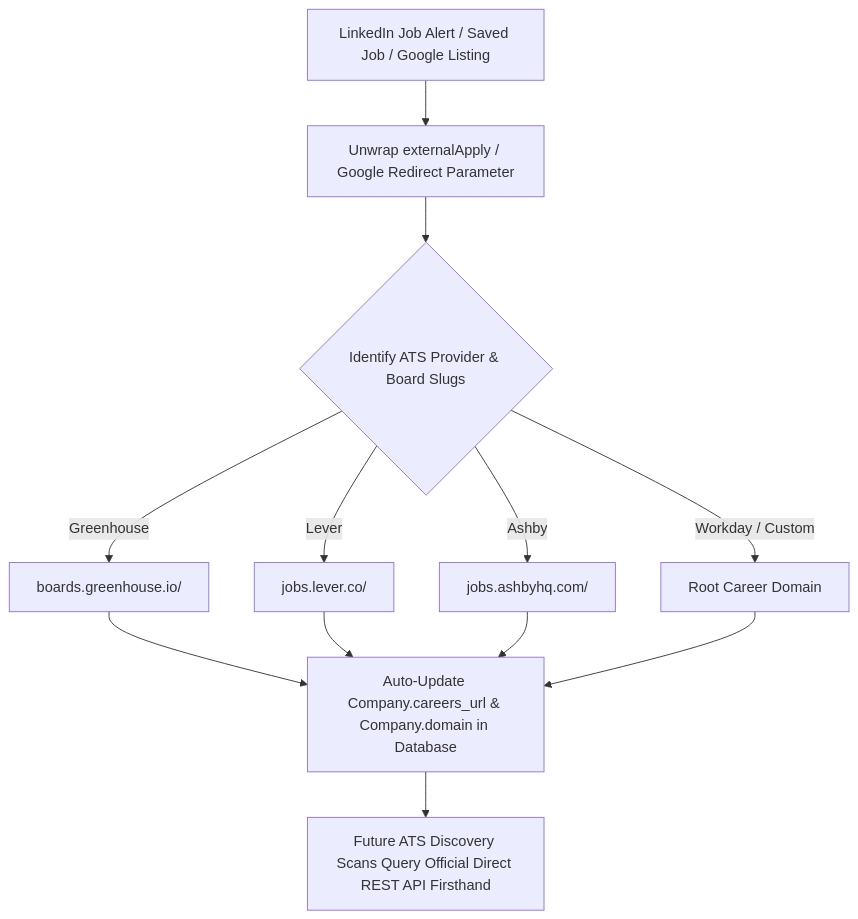
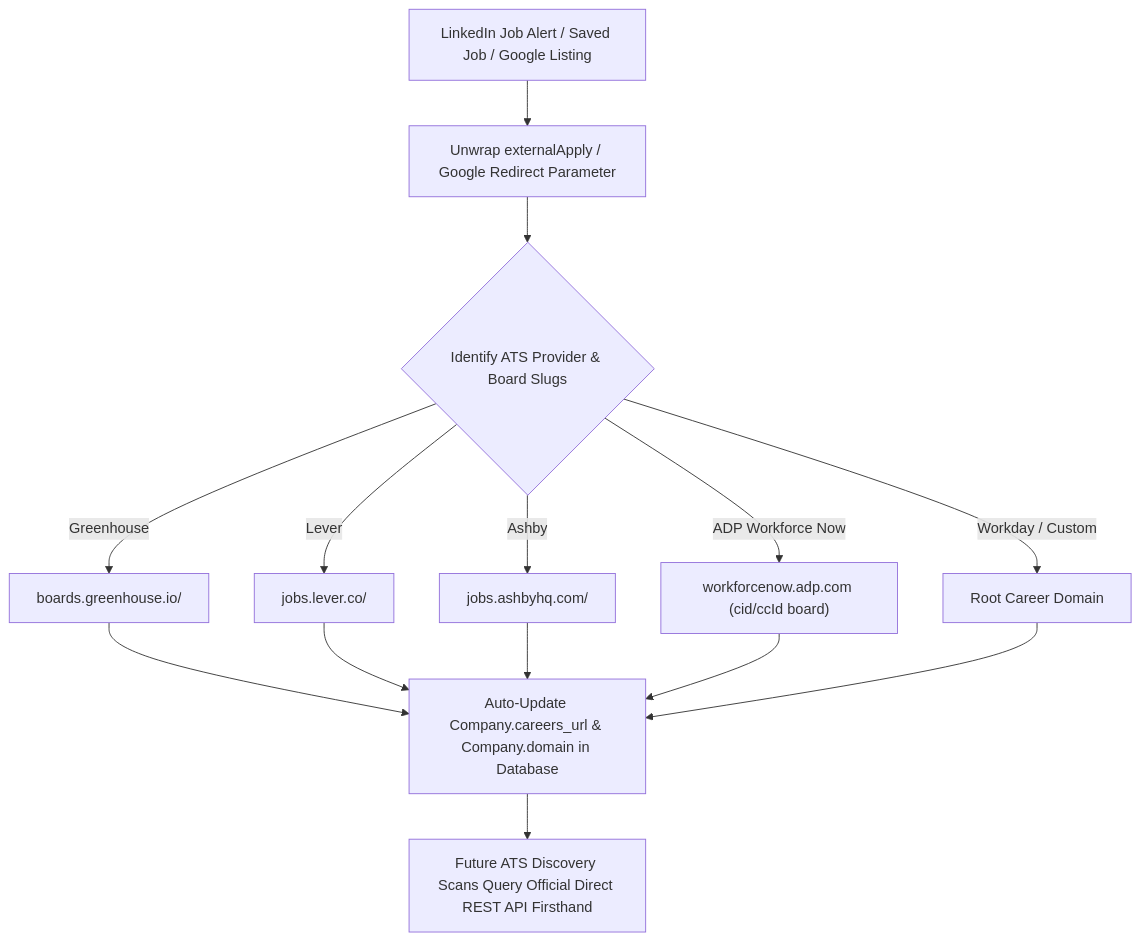
One commit to nagapavan/job-alert-agent changed the sixth of 33 diagrams in DESIGN_DIAGRAMS.md. Above: the diagram before and after it, drawn with Mermaid. The commit also changed other lines of this file and 105 other files, not shown here.

````diff
--- a/DESIGN_DIAGRAMS.md
+++ b/DESIGN_DIAGRAMS.md
@@ -216,11 +217,12 @@
 ```mermaid
 flowchart TD
     A["LinkedIn Job Alert / Saved Job / Google Listing"] --> B["Unwrap externalApply / Google Redirect Parameter"]
     B --> C{"Identify ATS Provider & Board Slugs"}
     C -->|Greenhouse| D["boards.greenhouse.io/<slug>"]
     C -->|Lever| E["jobs.lever.co/<slug>"]
     C -->|Ashby| F["jobs.ashbyhq.com/<slug>"]
+    C -->|ADP Workforce Now| ADP["workforcenow.adp.com (cid/ccId board)"]
     C -->|Workday / Custom| G["Root Career Domain"]
-    D & E & F & G --> H["Auto-Update Company.careers_url & Company.domain in Database"]
+    D & E & F & ADP & G --> H["Auto-Update Company.careers_url & Company.domain in Database"]
     H --> I["Future ATS Discovery Scans Query Official Direct REST API Firsthand"]
 ```
````
